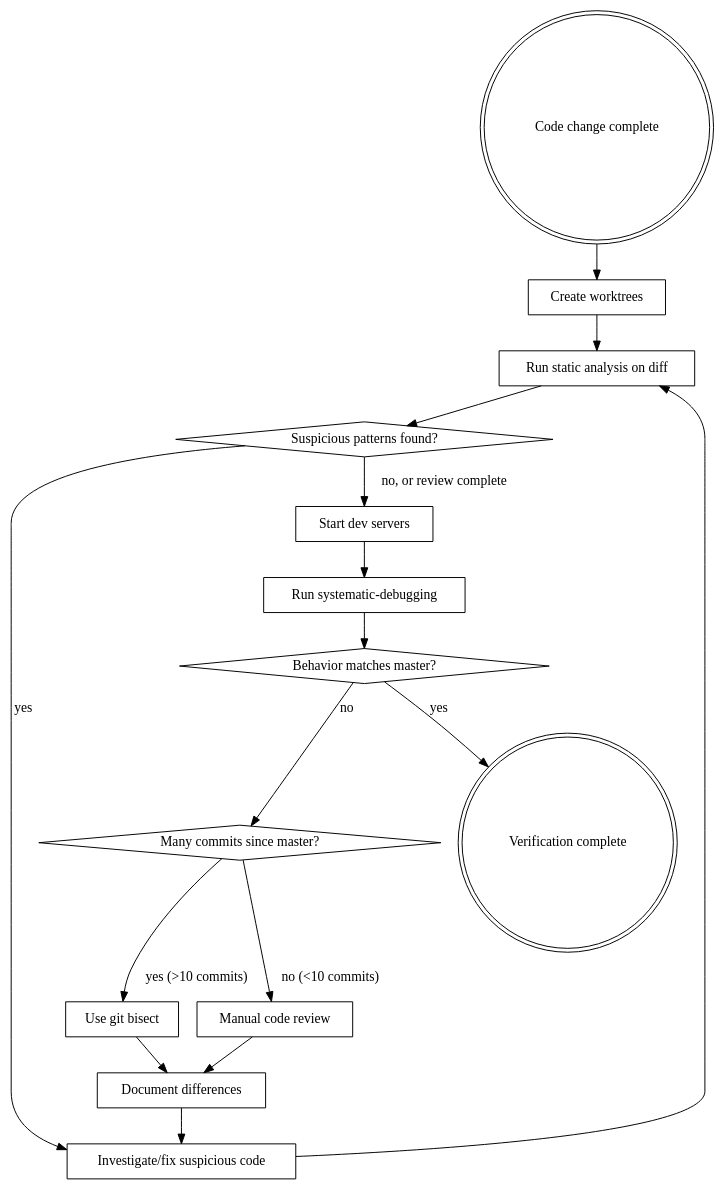
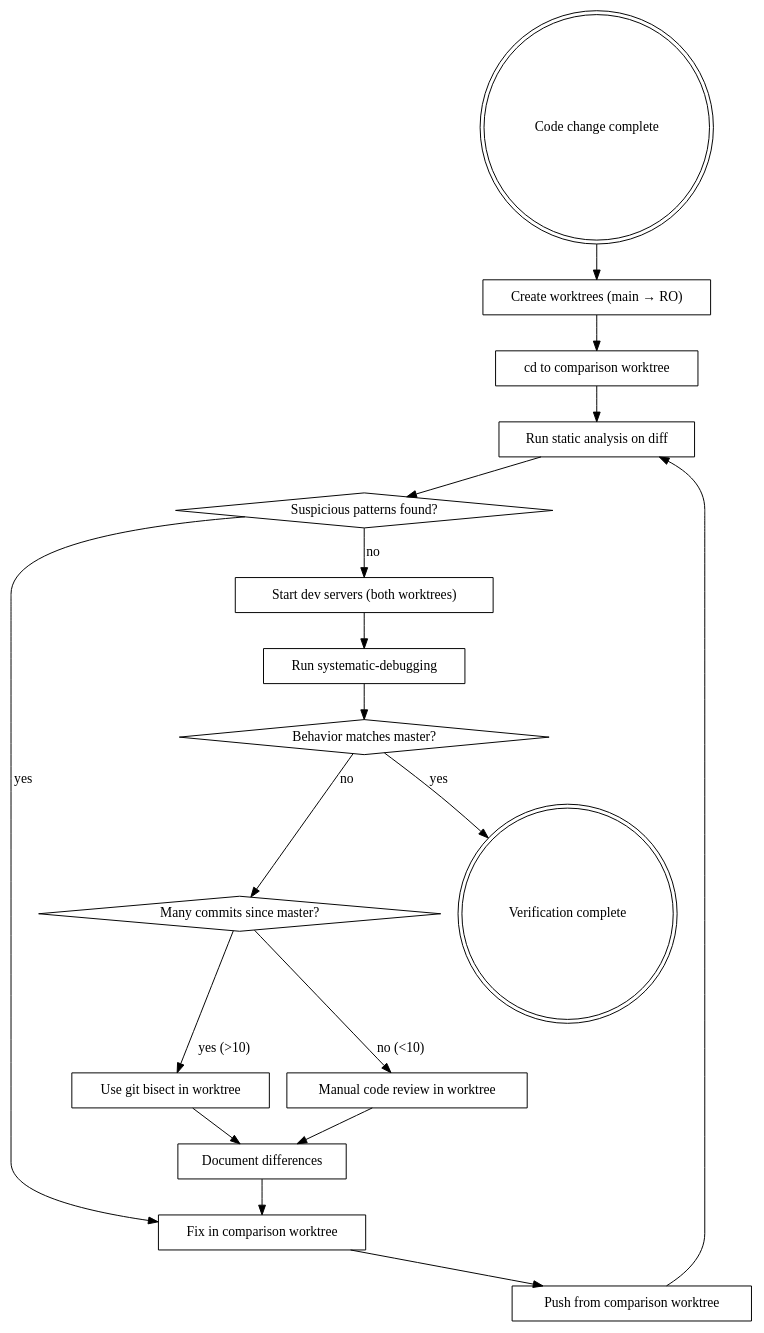
One commit to JackUait/blok changed the diagram in .claude/commands/verification/compare-to-master.md. Above: the diagram before and after it, drawn with Graphviz. The commit also changed other lines of this file and 2 other files, not shown here.

````diff
--- a/.claude/commands/verification/compare-to-master.md
+++ b/.claude/commands/verification/compare-to-master.md
@@ -24,33 +30,37 @@
 ```dot
 digraph compare_flow {
     "Code change complete" [shape=doublecircle];
-    "Create worktrees" [shape=box];
+    "Create worktrees (main → RO)" [shape=box];
+    "cd to comparison worktree" [shape=box];
     "Run static analysis on diff" [shape=box];
     "Suspicious patterns found?" [shape=diamond];
-    "Investigate/fix suspicious code" [shape=box];
-    "Start dev servers" [shape=box];
+    "Fix in comparison worktree" [shape=box];
+    "Push from comparison worktree" [shape=box];
+    "Start dev servers (both worktrees)" [shape=box];
     "Run systematic-debugging" [shape=box];
     "Behavior matches master?" [shape=diamond];
     "Many commits since master?" [shape=diamond];
-    "Use git bisect" [shape=box];
-    "Manual code review" [shape=box];
+    "Use git bisect in worktree" [shape=box];
+    "Manual code review in worktree" [shape=box];
     "Document differences" [shape=box];
     "Verification complete" [shape=doublecircle];
 
-    "Code change complete" -> "Create worktrees";
-    "Create worktrees" -> "Run static analysis on diff";
+    "Code change complete" -> "Create worktrees (main → RO)";
+    "Create worktrees (main → RO)" -> "cd to comparison worktree";
+    "cd to comparison worktree" -> "Run static analysis on diff";
     "Run static analysis on diff" -> "Suspicious patterns found?";
-    "Suspicious patterns found?" -> "Investigate/fix suspicious code" [label="yes"];
-    "Investigate/fix suspicious code" -> "Run static analysis on diff";
-    "Suspicious patterns found?" -> "Start dev servers" [label="no, or review complete"];
-    "Start dev servers" -> "Run systematic-debugging";
+    "Suspicious patterns found?" -> "Fix in comparison worktree" [label="yes"];
+    "Fix in comparison worktree" -> "Push from comparison worktree";
+    "Push from comparison worktree" -> "Run static analysis on diff";
+    "Suspicious patterns found?" -> "Start dev servers (both worktrees)" [label="no"];
+    "Start dev servers (both worktrees)" -> "Run systematic-debugging";
     "Run systematic-debugging" -> "Behavior matches master?";
     "Behavior matches master?" -> "Many commits since master?" [label="no"];
-    "Many commits since master?" -> "Use git bisect" [label="yes (>10 commits)"];
-    "Many commits since master?" -> "Manual code review" [label="no (<10 commits)"];
-    "Use git bisect" -> "Document differences";
-    "Manual code review" -> "Document differences";
-    "Document differences" -> "Investigate/fix suspicious code";
+    "Many commits since master?" -> "Use git bisect in worktree" [label="yes (>10)"];
+    "Many commits since master?" -> "Manual code review in worktree" [label="no (<10)"];
+    "Use git bisect in worktree" -> "Document differences";
+    "Manual code review in worktree" -> "Document differences";
+    "Document differences" -> "Fix in comparison worktree";
     "Behavior matches master?" -> "Verification complete" [label="yes"];
 }
 ```
````
